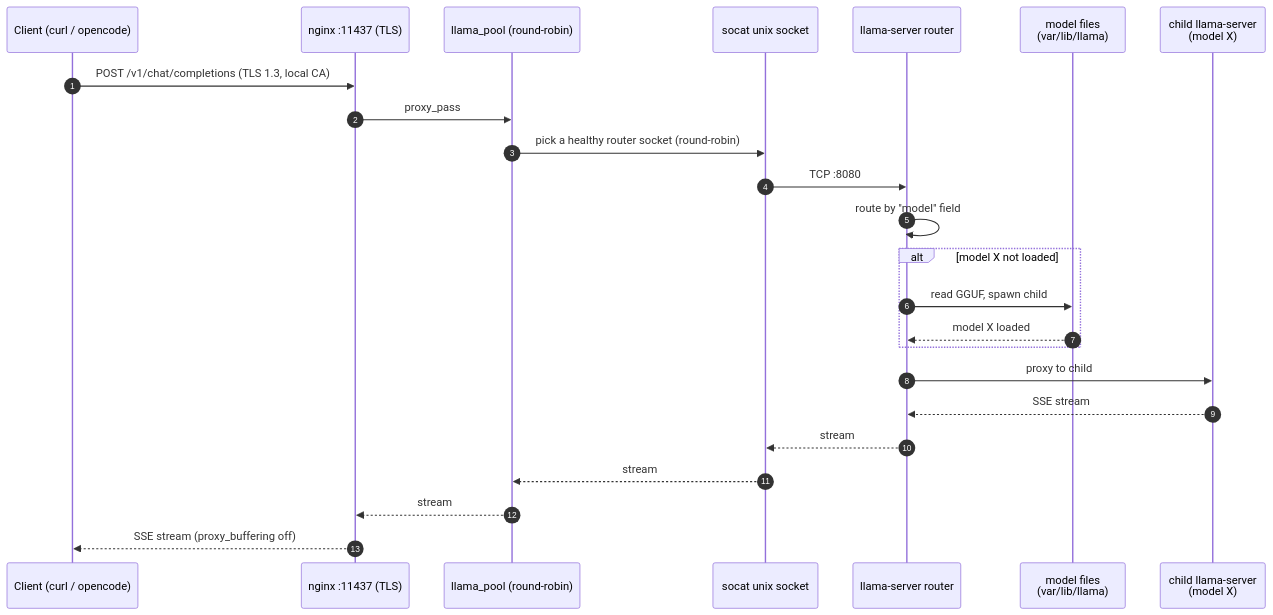
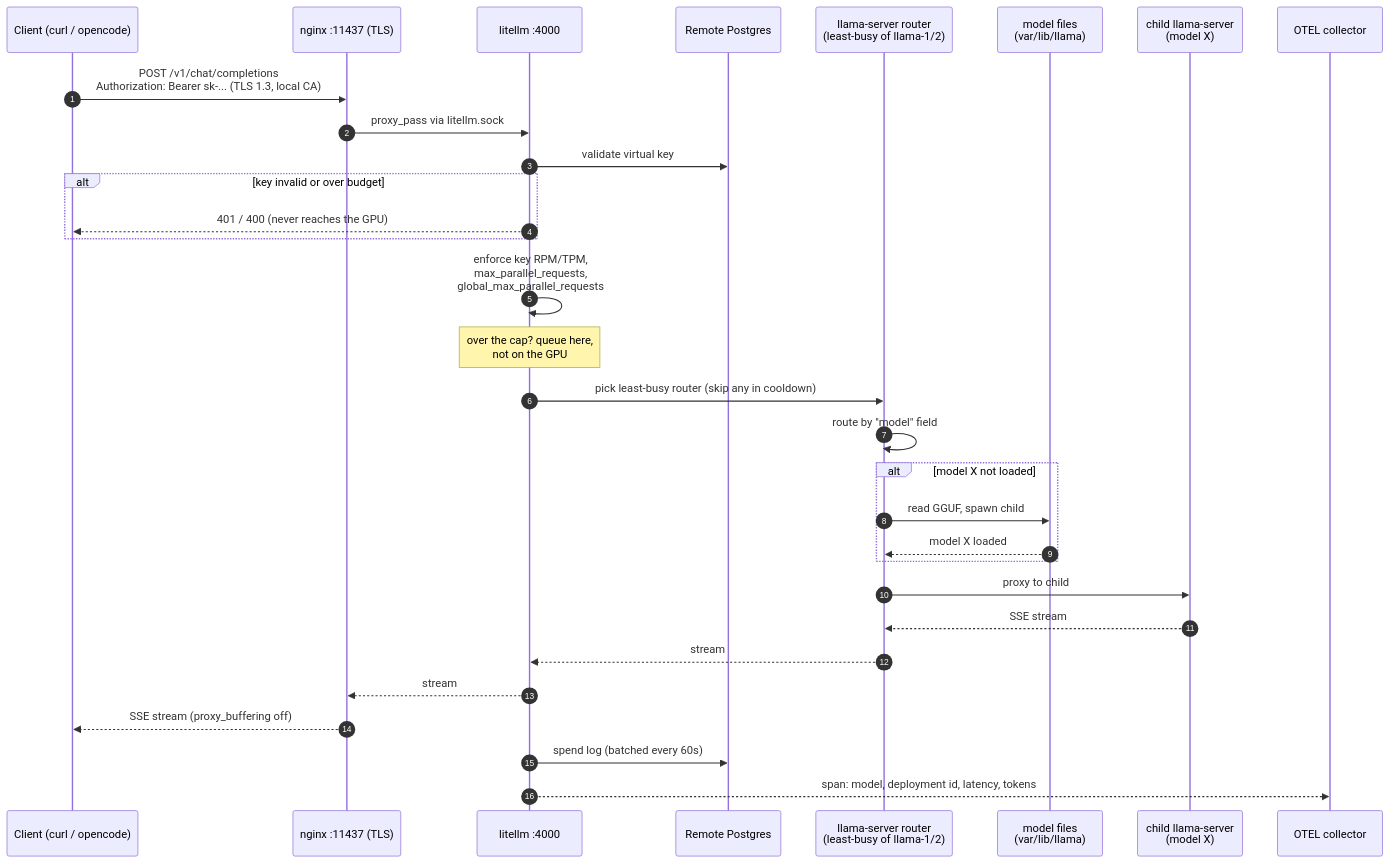
The diagram in docs/diagrams/request-flow.mmd (SpotDraft/llamacpp-serve), drawn with Mermaid before and after one commit. The commit also changed 18 other files, not shown here.

```diff
--- a/docs/diagrams/request-flow.mmd
+++ b/docs/diagrams/request-flow.mmd
@@ -1,25 +1,32 @@
 sequenceDiagram
     autonumber
     participant C as Client (curl / opencode)
     participant N as nginx :11437 (TLS)
-    participant UP as llama_pool (round-robin)
-    participant SC as socat unix socket
-    participant R as llama-server router
+    participant LL as litellm :4000
+    participant PG as Remote Postgres
+    participant R as llama-server router<br/>(least-busy of llama-1/2)
     participant M as model files<br/>(var/lib/llama)
     participant P as child llama-server<br/>(model X)
+    participant OT as OTEL collector
 
-    C->>N: POST /v1/chat/completions (TLS 1.3, local CA)
-    N->>UP: proxy_pass
-    UP->>SC: pick a healthy router socket (round-robin)
-    SC->>R: TCP :8080
+    C->>N: POST /v1/chat/completions<br/>Authorization: Bearer sk-... (TLS 1.3, local CA)
+    N->>LL: proxy_pass via litellm.sock
+    LL->>PG: validate virtual key
+    alt key invalid or over budget
+        LL-->>C: 401 / 400 (never reaches the GPU)
+    end
+    LL->>LL: enforce key RPM/TPM,<br/>max_parallel_requests,<br/>global_max_parallel_requests
+    note over LL: over the cap? queue here,<br/>not on the GPU
+    LL->>R: pick least-busy router (skip any in cooldown)
     R->>R: route by "model" field
     alt model X not loaded
         R->>M: read GGUF, spawn child
         M-->>R: model X loaded
     end
     R->>P: proxy to child
     P-->>R: SSE stream
-    R-->>SC: stream
-    SC-->>UP: stream
-    UP-->>N: stream
+    R-->>LL: stream
+    LL-->>N: stream
     N-->>C: SSE stream (proxy_buffering off)
+    LL->>PG: spend log (batched every 60s)
+    LL-->>OT: span: model, deployment id, latency, tokens
```
